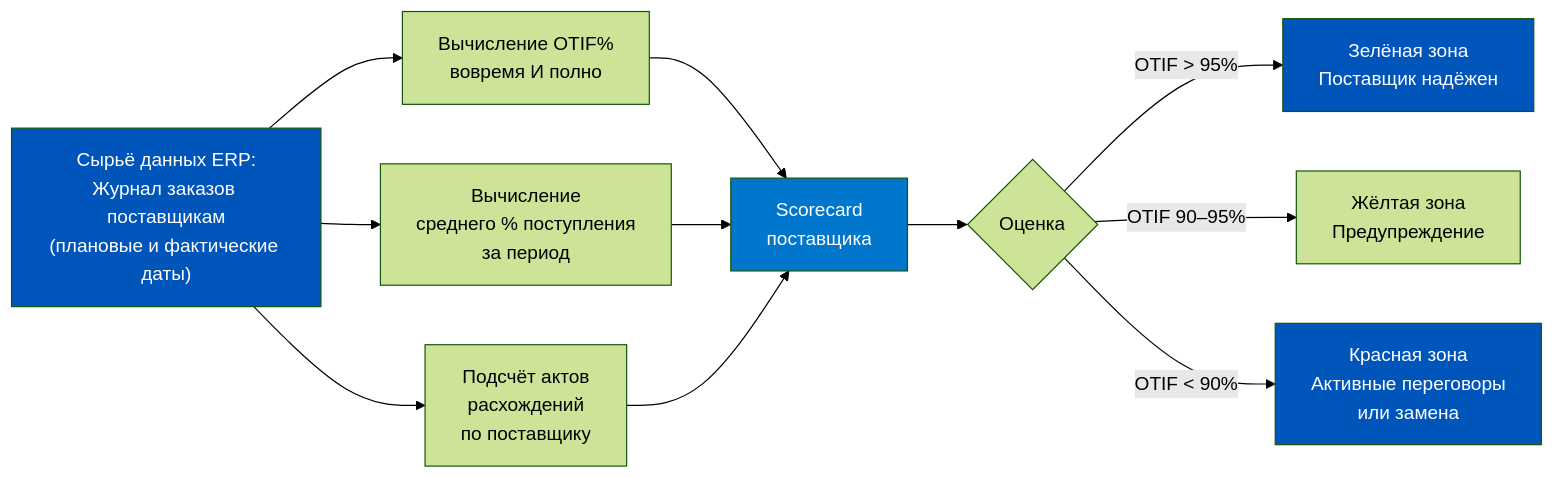
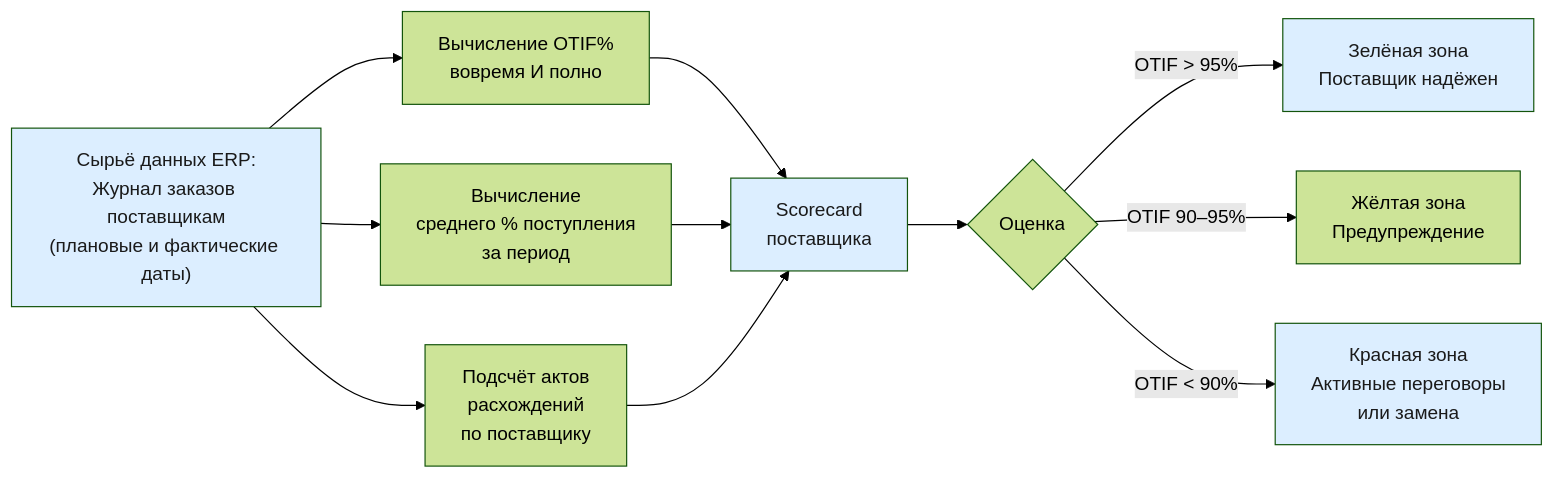
Before and after one commit to murad1986/1c-erp-quartz: the third of 5 diagrams in content/1c-erp/week_3/Неделя 3 - День 5 - Мониторинг заказов.md, drawn with Mermaid (forest theme). The commit also changed other lines of this file and 57 other files, not shown here.

First line of the commit message:
fix: Mermaid — пастельные цвета в источниках диаграмм (56 файлов)

````diff
--- a/content/1c-erp/week_3/Неделя 3 - День 5 - Мониторинг заказов.md
+++ b/content/1c-erp/week_3/Неделя 3 - День 5 - Мониторинг заказов.md
@@ -218,18 +218,18 @@
 ```mermaid
 flowchart LR
     A["Сырьё данных ERP:<br/>Журнал заказов поставщикам<br/>(плановые и фактические даты)"] --> B["Вычисление OTIF%<br/>вовремя И полно"]
     A --> C["Вычисление<br/>среднего % поступления<br/>за период"]
     A --> D["Подсчёт актов<br/>расхождений<br/>по поставщику"]
     B --> E["Scorecard<br/>поставщика"]
     C --> E
     D --> E
     E --> F{Оценка}
     F -->|OTIF > 95%| G["Зелёная зона<br/>Поставщик надёжен"]
     F -->|OTIF 90–95%| H["Жёлтая зона<br/>Предупреждение"]
     F -->|OTIF < 90%| I["Красная зона<br/>Активные переговоры<br/>или замена"]
 
-    style A fill:#0055BB,color:#fff
-    style E fill:#0077CC,color:#fff
-    style G fill:#0055BB,color:#fff
-    style I fill:#0055BB,color:#fff
+    style A fill:#dceeff,color:#1a1a1a
+    style E fill:#dceeff,color:#1a1a1a
+    style G fill:#dceeff,color:#1a1a1a
+    style I fill:#dceeff,color:#1a1a1a
 ```
````
